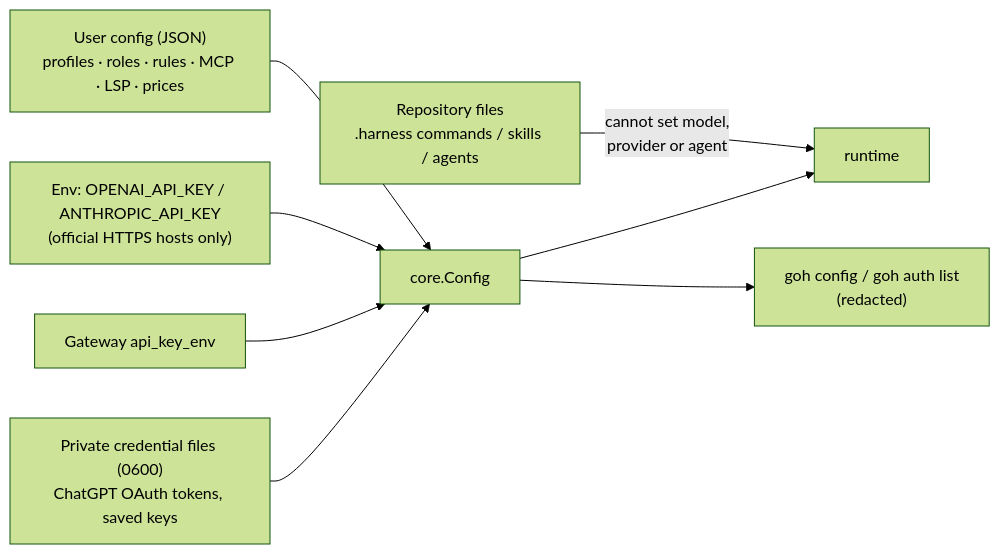
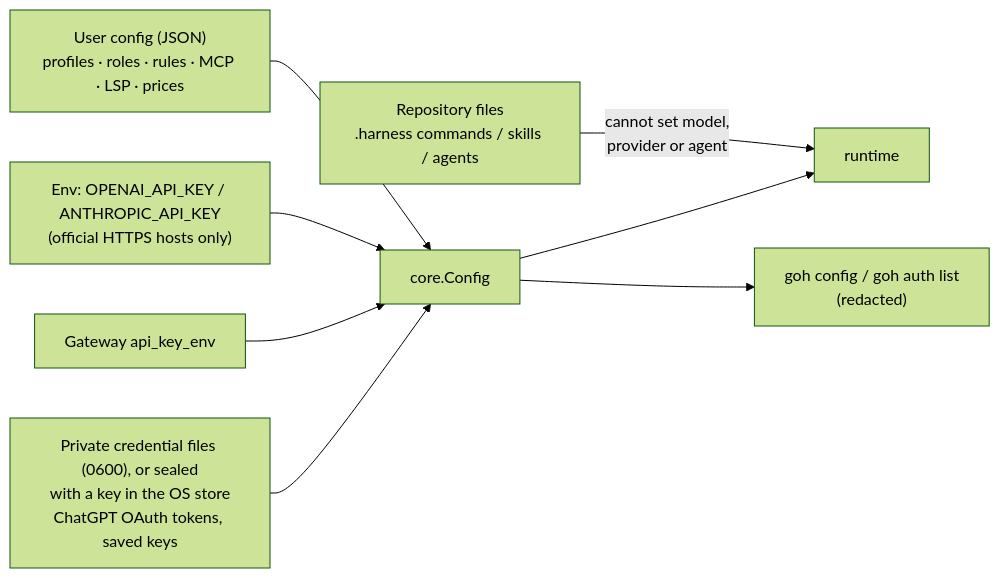
Before and after one commit to Sanidhya14321/goh: the eighth of 9 diagrams in docs/ARCHITECTURE.md, drawn with Mermaid (forest theme). The commit also changed other lines of this file and 21 other files, not shown here.

First line of the commit message:
feat: OS credential store for saved secrets (rc.179)

````diff
--- a/docs/ARCHITECTURE.md
+++ b/docs/ARCHITECTURE.md
@@ -291,10 +291,10 @@
 ```mermaid
 flowchart LR
     UC["User config (JSON)<br/>profiles · roles · rules · MCP · LSP · prices"] --> CFG[core.Config]
     ENV["Env: OPENAI_API_KEY / ANTHROPIC_API_KEY<br/>(official HTTPS hosts only)"] --> CFG
     GW["Gateway api_key_env"] --> CFG
-    CRED["Private credential files (0600)<br/>ChatGPT OAuth tokens, saved keys"] --> CFG
+    CRED["Private credential files (0600), or sealed<br/>with a key in the OS store<br/>ChatGPT OAuth tokens, saved keys"] --> CFG
     REPO["Repository files<br/>.harness commands / skills / agents"] -->|"cannot set model,<br/>provider or agent"| RT[runtime]
     CFG --> RT
     CFG --> SHOW["goh config / goh auth list<br/>(redacted)"]
 ```
````
